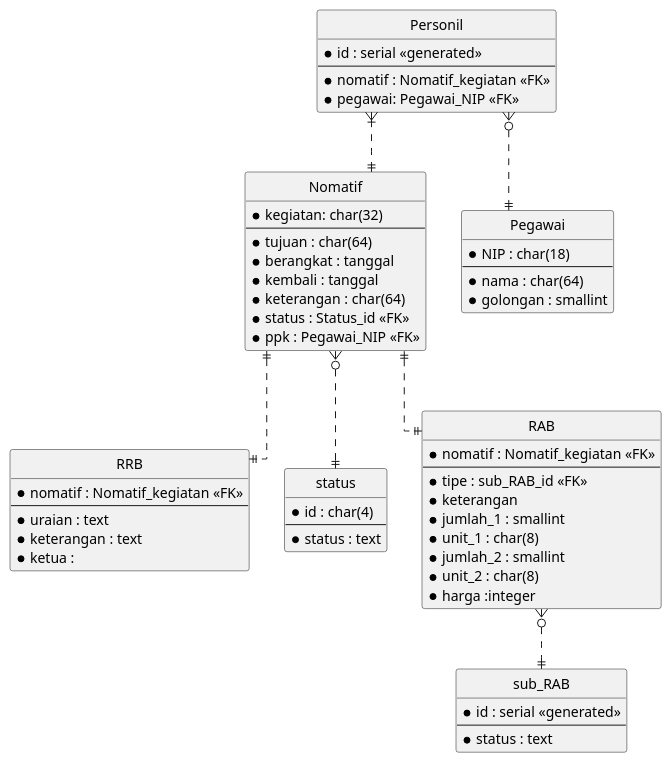
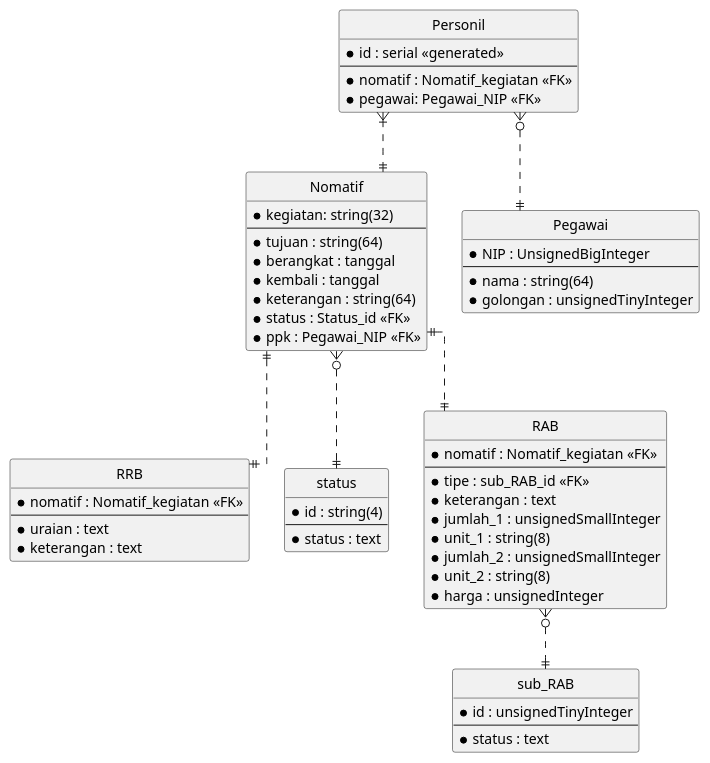
Before and after one commit to AchmadFathoni/sppd: the diagram in db.puml, drawn with PlantUML. The commit also changed 19 other files, not shown here.

```diff
--- a/db.puml
+++ b/db.puml
@@ -1,73 +1,72 @@
 @startuml db
 
 ' hide the spot
 hide circle
 
 ' avoid problems with angled crows feet
 skinparam linetype ortho
 
 entity "Nomatif" as n {
-  *kegiatan: char(32)
+  *kegiatan: string(32)
   --
-  *tujuan : char(64)
+  *tujuan : string(64)
   *berangkat : tanggal
   *kembali : tanggal
-  *keterangan : char(64)
+  *keterangan : string(64)
   *status : Status_id <<FK>>
   *ppk : Pegawai_NIP <<FK>>
 }
 
 entity "Pegawai" as p {
-  *NIP : char(18)
+    *NIP : UnsignedBigInteger
   --
-  *nama : char(64)
-  *golongan : smallint
+  *nama : string(64)
+  *golongan : unsignedTinyInteger
 }
 
 entity "Personil" as pe {
   *id : serial <<generated>>
   --
   *nomatif : Nomatif_kegiatan <<FK>>
   *pegawai: Pegawai_NIP <<FK>>
 }
 
 entity "RRB" as r {
   *nomatif : Nomatif_kegiatan <<FK>>
   --
   *uraian : text
   *keterangan : text
-  *ketua :
 }
 
 entity "status" as s {
-  *id : char(4)
+  *id : string(4)
   --
   *status : text
 }
 
 entity "sub_RAB" as kr {
-  *id : serial <<generated>>
+    *id : unsignedTinyInteger
   --
   *status : text
 }
 
 entity "RAB" as ra {
   *nomatif : Nomatif_kegiatan <<FK>>
   --
   *tipe : sub_RAB_id <<FK>>
-  *keterangan
-  *jumlah_1 : smallint
-  *unit_1 : char(8)
-  *jumlah_2 : smallint
-  *unit_2 : char(8)
-  *harga :integer
+  *keterangan : text
+  *jumlah_1 : unsignedSmallInteger
+  *unit_1 : string(8)
+  *jumlah_2 : unsignedSmallInteger
+  *unit_2 : string(8)
+  *harga : unsignedInteger
 }
 
 pe }o..|| p
 pe }|..|| n
 n ||..|| r
 n ||..|| ra
 n }o..|| s
 ra }o..|| kr
 
 @enduml
```
